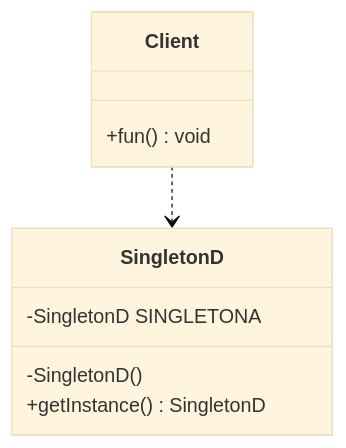
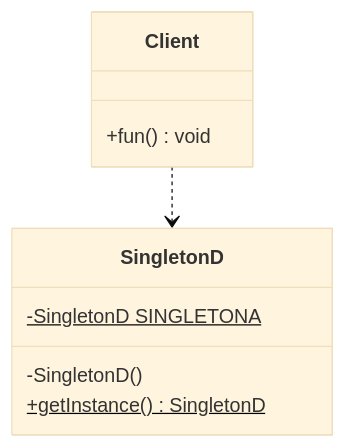
One commit to lingwh1995/blog changed the fifth of 7 diagrams in docs/blogs/general/designpattern/designpattern-java/shardings/designpattern-java-chapter-4.创建型模式-单例模式.md. Above: the diagram before and after it, drawn with Mermaid (base theme). The commit also changed other lines of this file and 259 other files, not shown here.

````diff
--- a/docs/blogs/general/designpattern/designpattern-java/shardings/designpattern-java-chapter-4.创建型模式-单例模式.md
+++ b/docs/blogs/general/designpattern/designpattern-java/shardings/designpattern-java-chapter-4.创建型模式-单例模式.md
@@ -199,12 +223,12 @@
 ```mermaid
 classDiagram
     Client ..> SingletonD
     class SingletonD {
-        -SingletonD SINGLETONA
+        -SingletonD SINGLETONA$
         -SingletonD()
-        +getInstance() SingletonD
+        +getInstance()$ SingletonD
     }
     class Client {
         +fun() void
     }
 ```
````
